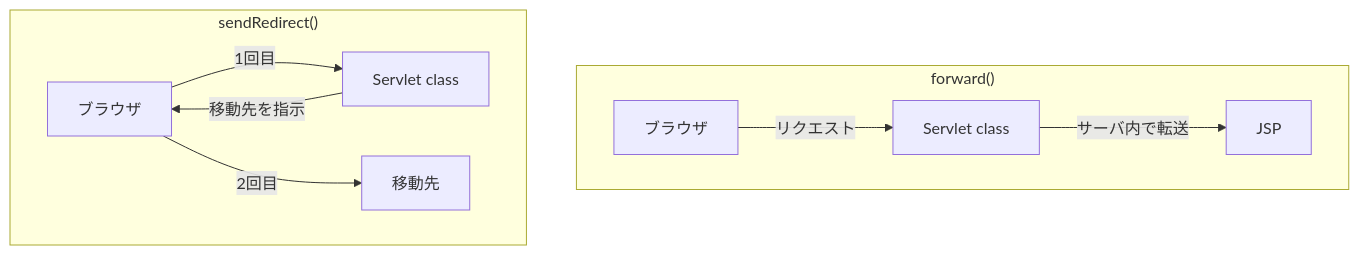
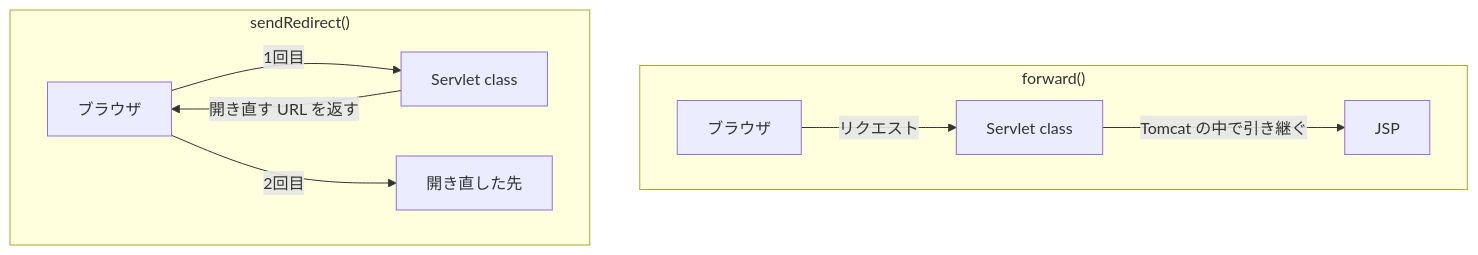
One commit to Appricot144/teaching-material changed the second of 2 diagrams in servlet/06-input-and-redirect/02-what-is-redirect.md. Above: the diagram before and after it, drawn with Mermaid. The commit also changed other lines of this file and 2 other files, not shown here.

````diff
--- a/servlet/06-input-and-redirect/02-what-is-redirect.md
+++ b/servlet/06-input-and-redirect/02-what-is-redirect.md
@@ -33,13 +47,13 @@
 ```mermaid
 flowchart TB
     subgraph F["forward()"]
         direction LR
-        B1["ブラウザ"] -- リクエスト --> S1["Servlet class"] -- サーバ内で転送 --> J1["JSP"]
+        B1["ブラウザ"] -- リクエスト --> S1["Servlet class"] -- Tomcat の中で引き継ぐ --> J1["JSP"]
     end
     subgraph R["sendRedirect()"]
         direction LR
         B2["ブラウザ"] -- 1回目 --> S2["Servlet class"]
-        S2 -- 移動先を指示 --> B2
-        B2 -- 2回目 --> S3["移動先"]
+        S2 -- 開き直す URL を返す --> B2
+        B2 -- 2回目 --> S3["開き直した先"]
     end
 ```
````
